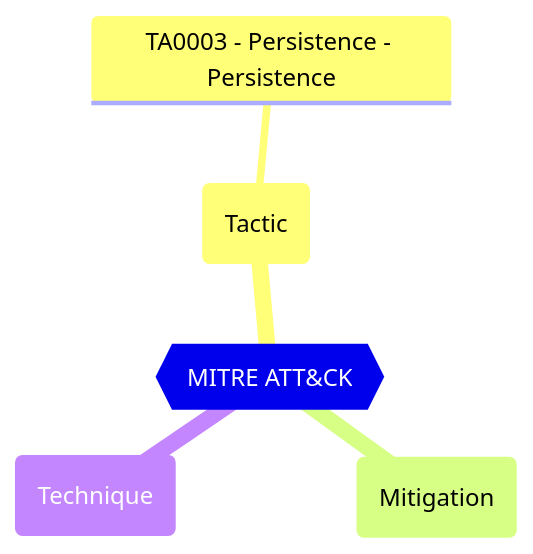
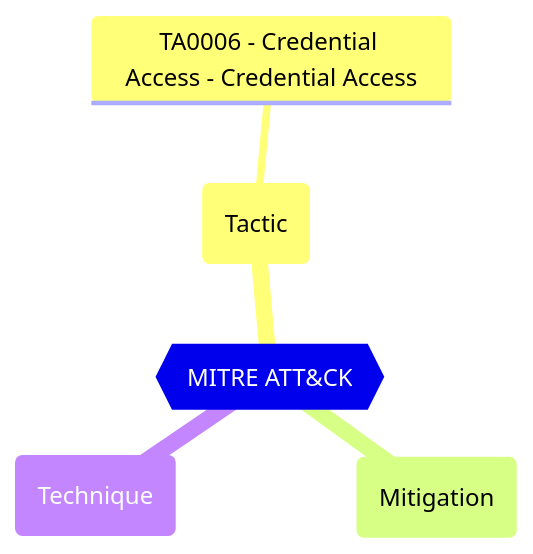
Before and after one commit to maester365/maester: the diagram in website/docs/tests/eidsca/EIDSCA.AP01.md, drawn with Mermaid. The commit also changed other lines of this file and 6 other files, not shown here.

````diff
--- a/website/docs/tests/eidsca/EIDSCA.AP01.md
+++ b/website/docs/tests/eidsca/EIDSCA.AP01.md
@@ -32,10 +32,10 @@
 ```mermaid
 mindmap
   root{{MITRE ATT&CK}}
     (Tactic)
-      TA0003 - Persistence - Persistence
+      TA0006 - Credential Access - Credential Access
     (Mitigation)
 
     (Technique)
 
 ```
````
